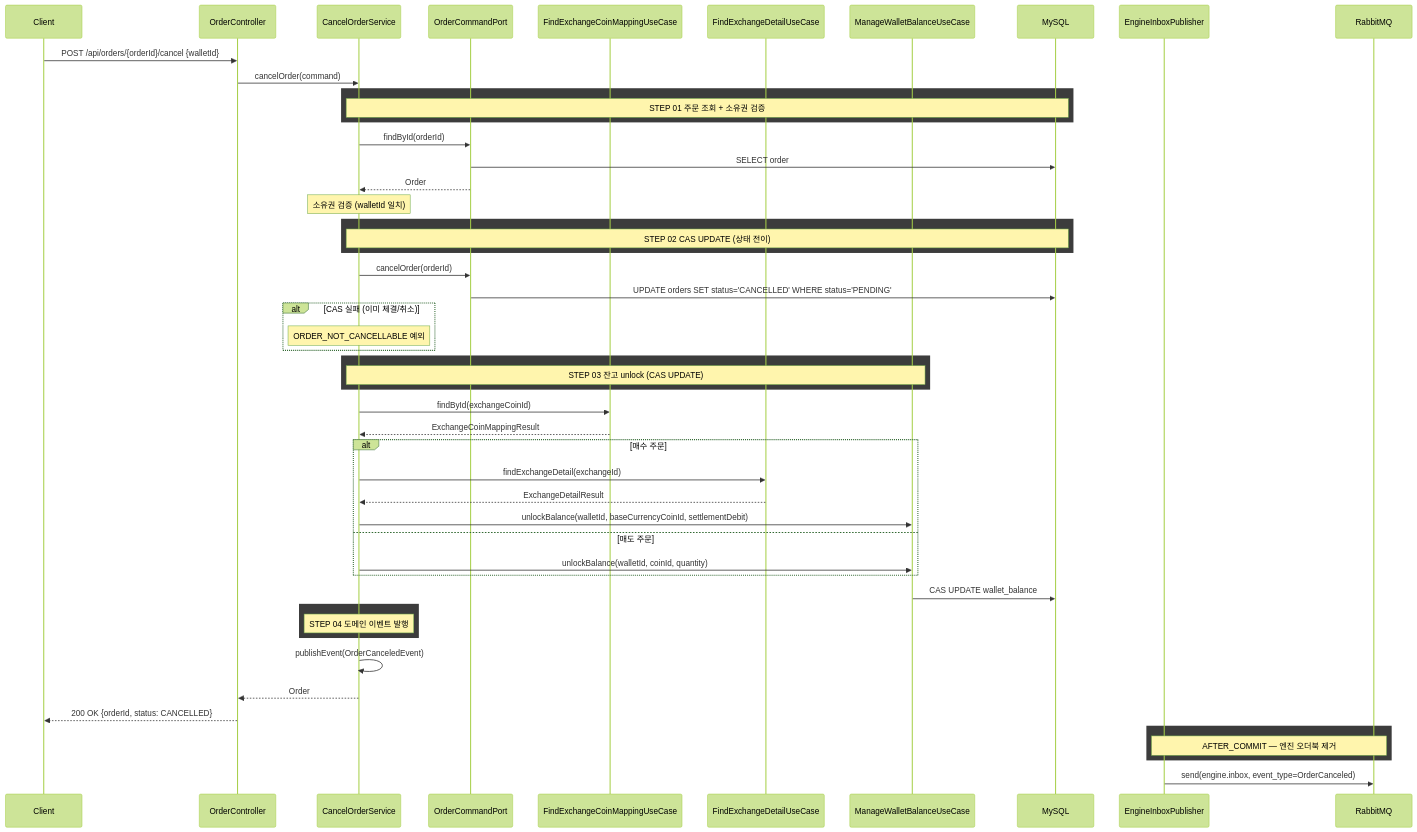
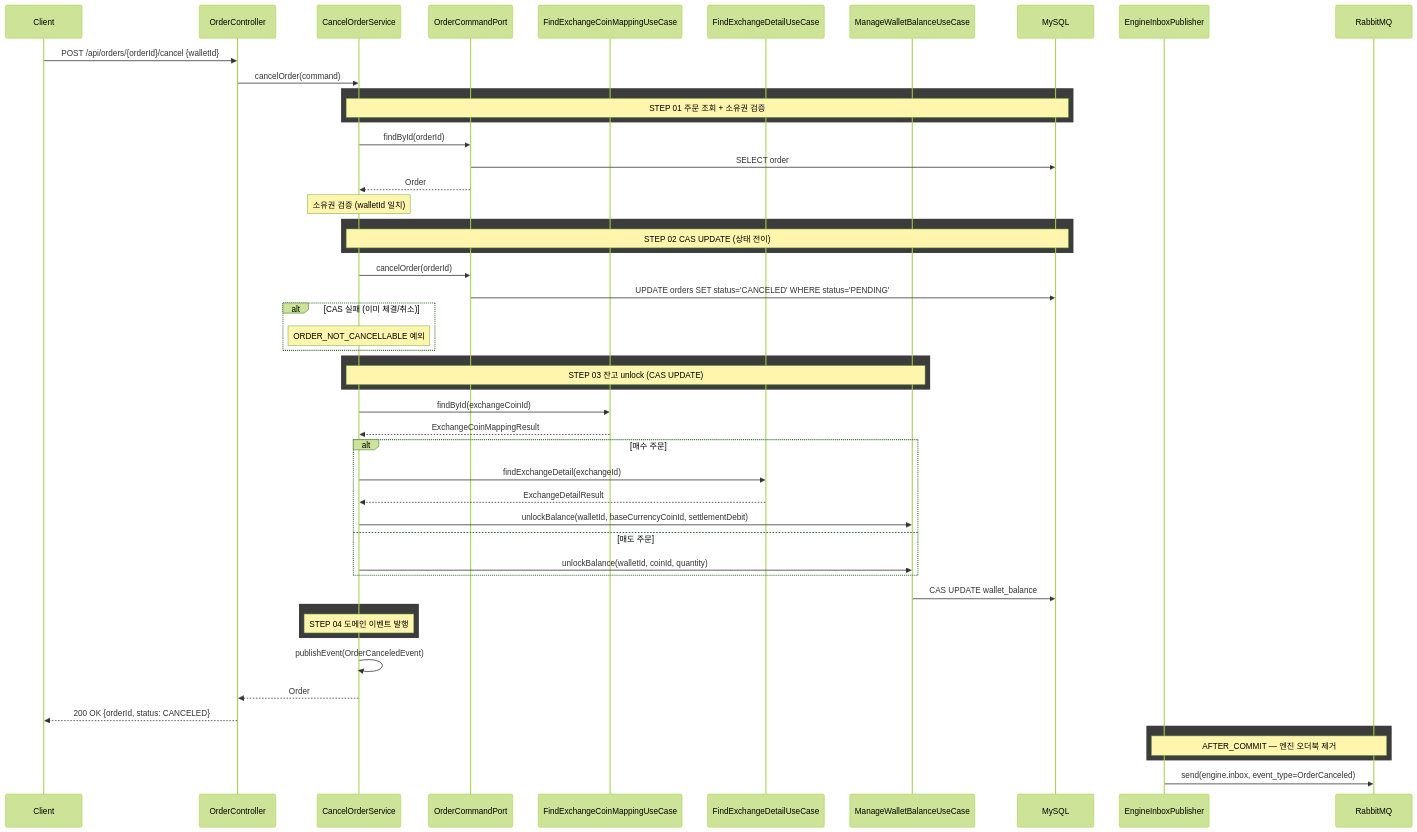
One commit to kim-se-hee/trypto changed the first of 2 diagrams in api/docs/trading/cancel-order/plan.md. Above: the diagram before and after it, drawn with Mermaid (forest theme). The commit also changed other lines of this file and 2 other files, not shown here.

Commit message:
docs: 주문 상태 표기를 CANCELED 로 통일

````diff
--- a/api/docs/trading/cancel-order/plan.md
+++ b/api/docs/trading/cancel-order/plan.md
@@ -83,62 +83,62 @@
 ```mermaid
 sequenceDiagram
     participant Client
     participant Controller as OrderController
     participant Service as CancelOrderService
     participant OrderPort as OrderCommandPort
     participant MappingUC as FindExchangeCoinMappingUseCase
     participant ExchangeUC as FindExchangeDetailUseCase
     participant Balance as ManageWalletBalanceUseCase
     participant MySQL
     participant Publisher as EngineInboxPublisher
     participant MQ as RabbitMQ
 
     Client->>Controller: POST /api/orders/{orderId}/cancel {walletId}
     Controller->>Service: cancelOrder(command)
 
     rect rgb(60, 60, 60)
         Note over Service,MySQL: STEP 01 주문 조회 + 소유권 검증
     end
     Service->>OrderPort: findById(orderId)
     OrderPort->>MySQL: SELECT order
     OrderPort-->>Service: Order
     Note over Service: 소유권 검증 (walletId 일치)
 
     rect rgb(60, 60, 60)
         Note over Service,MySQL: STEP 02 CAS UPDATE (상태 전이)
     end
     Service->>OrderPort: cancelOrder(orderId)
-    OrderPort->>MySQL: UPDATE orders SET status='CANCELLED' WHERE status='PENDING'
+    OrderPort->>MySQL: UPDATE orders SET status='CANCELED' WHERE status='PENDING'
 
     alt CAS 실패 (이미 체결/취소)
         Note over Service: ORDER_NOT_CANCELLABLE 예외
     end
 
     rect rgb(60, 60, 60)
         Note over Service,Balance: STEP 03 잔고 unlock (CAS UPDATE)
     end
     Service->>MappingUC: findById(exchangeCoinId)
     MappingUC-->>Service: ExchangeCoinMappingResult
 
     alt 매수 주문
         Service->>ExchangeUC: findExchangeDetail(exchangeId)
         ExchangeUC-->>Service: ExchangeDetailResult
         Service->>Balance: unlockBalance(walletId, baseCurrencyCoinId, settlementDebit)
     else 매도 주문
         Service->>Balance: unlockBalance(walletId, coinId, quantity)
     end
     Balance->>MySQL: CAS UPDATE wallet_balance
 
     rect rgb(60, 60, 60)
         Note over Service: STEP 04 도메인 이벤트 발행
     end
     Service->>Service: publishEvent(OrderCanceledEvent)
 
     Service-->>Controller: Order
-    Controller-->>Client: 200 OK {orderId, status: CANCELLED}
+    Controller-->>Client: 200 OK {orderId, status: CANCELED}
 
     rect rgb(60, 60, 60)
         Note over Publisher,MQ: AFTER_COMMIT — 엔진 오더북 제거
     end
     Publisher->>MQ: send(engine.inbox, event_type=OrderCanceled)
 ```
````
